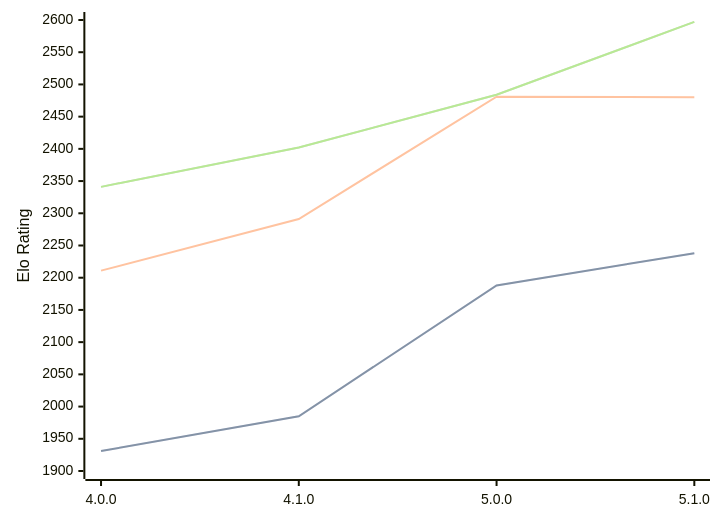
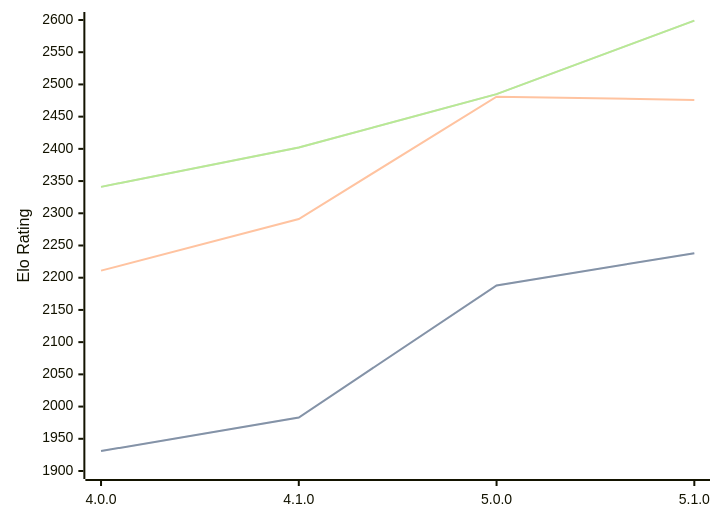
One commit to computer-chess-index/cci changed the diagram in engines/Aconcagua.md. Above: the diagram before and after it, drawn with Mermaid. The commit also changed other lines of this file, not shown here.

Commit message:
Update CCI Ratings (ELO VLTC) - 2026-04-02

````diff
--- a/engines/Aconcagua.md
+++ b/engines/Aconcagua.md
@@ -43,11 +43,11 @@
 ```mermaid
 %%{init: {"theme":"base","themeVariables":{"seriesColors:['#a3a3a3','#222221','#faa371']}}}%%
 xychart-beta
   x-axis ["4.0.0", "4.1.0", "5.0.0", "5.1.0"]
   y-axis "Elo Rating" 1900 --> 2600
-  line "STC (8.0+0.08s)" [1931, 1985, 2188, 2238]
-  line "STC (8.0+0.08s)" [1931, 1985, 2188, 2238]
-  line "LTC (60.0+0.60s)" [2211, 2291, 2481, 2480]
-  line "VLTC (2m24s+1.12s)" [2341, 2402, 2484, 2597]
-  line "VLTC (2m24s+1.12s)" [2341, 2402, 2484, 2597]
+  line "STC (8.0+0.08s)" [1931, 1983, 2188, 2238]
+  line "STC (8.0+0.08s)" [1931, 1983, 2188, 2238]
+  line "LTC (60.0+0.60s)" [2211, 2291, 2481, 2476]
+  line "VLTC (2m24s+1.12s)" [2341, 2402, 2485, 2599]
+  line "VLTC (2m24s+1.12s)" [2341, 2402, 2485, 2599]
 ```
````
